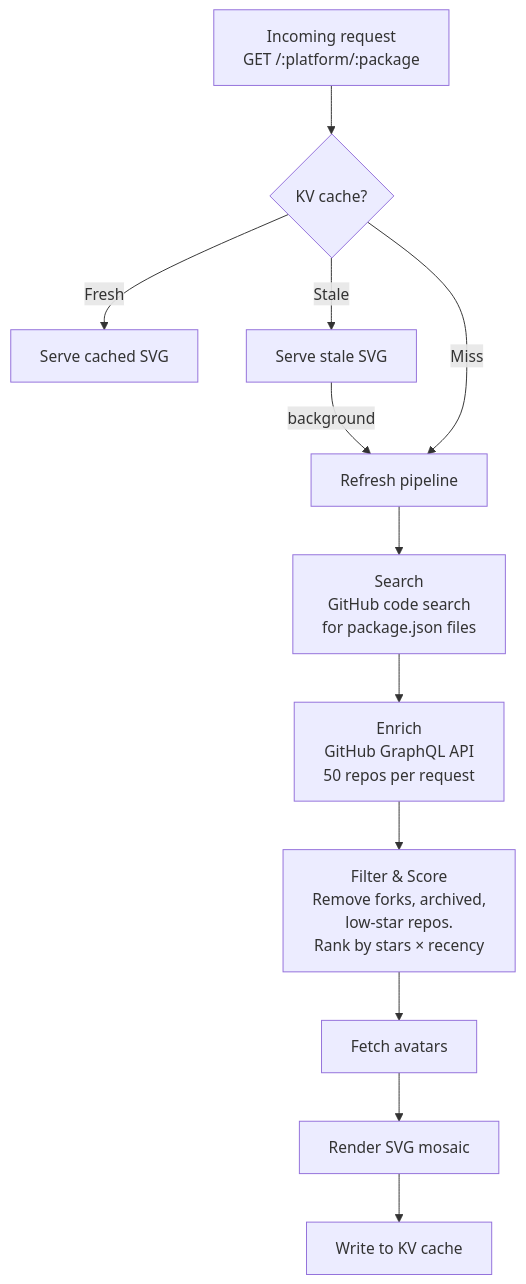
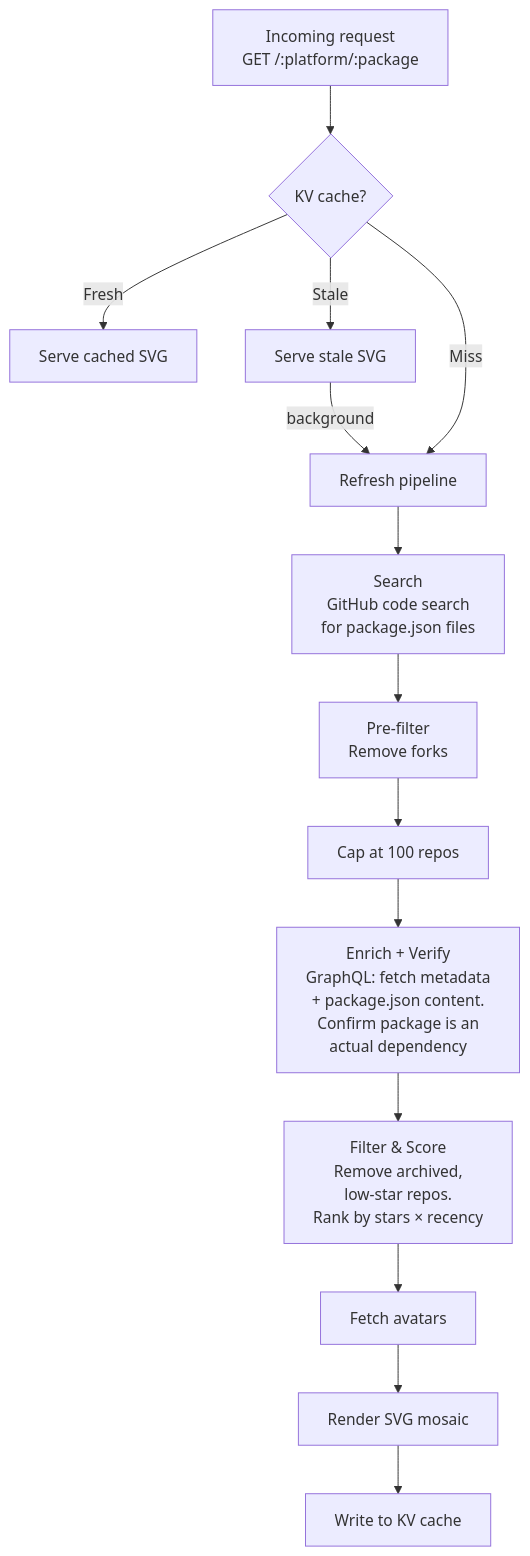
The diagram in apps/worker/README.md (sarahdayan/usedby.dev), drawn with Mermaid before and after one commit. The commit also changed other lines of this file and 13 other files, not shown here.

First line of the commit message:
feat: verify package.json dependencies during enrichment

````diff
--- a/apps/worker/README.md
+++ b/apps/worker/README.md
@@ -7,15 +7,17 @@
 ```mermaid
 flowchart TD
     A["Incoming request<br/>GET /:platform/:package"] --> B{KV cache?}
     B -- Fresh --> C[Serve cached SVG]
     B -- Stale --> D[Serve stale SVG]
     D -- background --> E[Refresh pipeline]
     B -- Miss --> E
 
     E --> F["Search<br/>GitHub code search<br/>for package.json files"]
-    F --> G["Enrich<br/>GitHub GraphQL API<br/>50 repos per request"]
-    G --> H["Filter & Score<br/>Remove forks, archived,<br/>low-star repos.<br/>Rank by stars × recency"]
-    H --> I[Fetch avatars]
-    I --> J[Render SVG mosaic]
-    J --> K[Write to KV cache]
+    F --> G["Pre-filter<br/>Remove forks"]
+    G --> H["Cap at 100 repos"]
+    H --> I["Enrich + Verify<br/>GraphQL: fetch metadata<br/>+ package.json content.<br/>Confirm package is an<br/>actual dependency"]
+    I --> J["Filter & Score<br/>Remove archived,<br/>low-star repos.<br/>Rank by stars × recency"]
+    J --> K[Fetch avatars]
+    K --> L[Render SVG mosaic]
+    L --> M[Write to KV cache]
 ```
````
